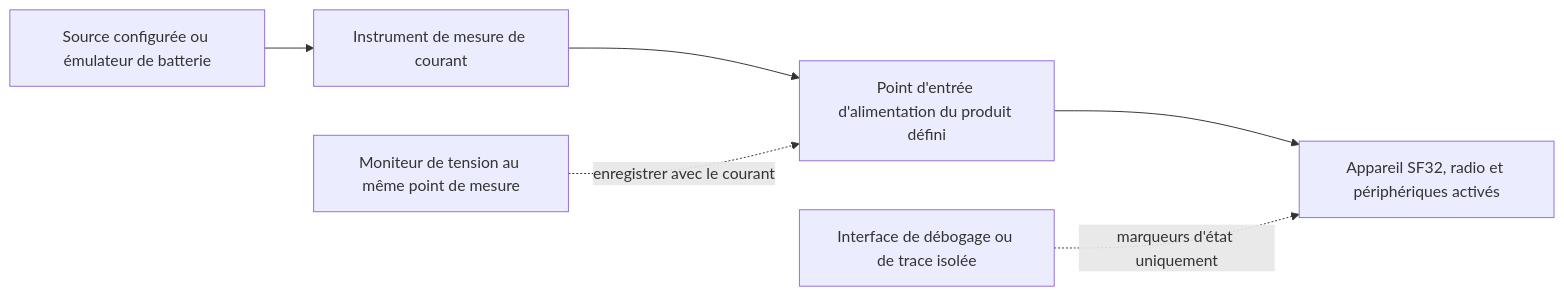
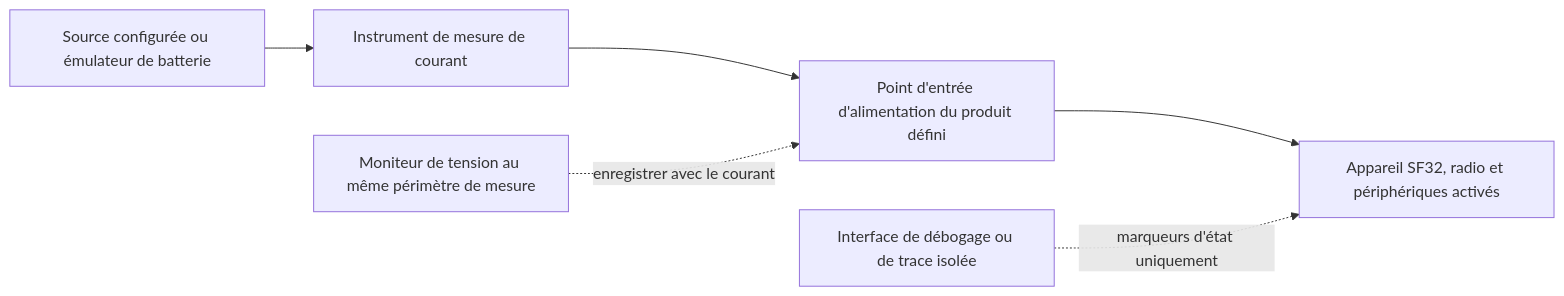
The first of 3 diagrams in docs_fr/learn/bluetooth/bluetooth-low-power-profiling.md (uForge-io/uforge-site), drawn with Mermaid before and after one commit. The commit also changed other lines of this file and 500 other files, not shown here.

````diff
--- a/docs_fr/learn/bluetooth/bluetooth-low-power-profiling.md
+++ b/docs_fr/learn/bluetooth/bluetooth-low-power-profiling.md
@@ -47,8 +47,8 @@
 ```mermaid
 flowchart LR
     A["Source configurée ou émulateur de batterie"] --> B["Instrument de mesure de courant"]
     B --> C["Point d'entrée d'alimentation du produit défini"]
     C --> D["Appareil SF32, radio et périphériques activés"]
-    E["Moniteur de tension au même point de mesure"] -. "enregistrer avec le courant" .-> C
+    E["Moniteur de tension au même périmètre de mesure"] -. "enregistrer avec le courant" .-> C
     F["Interface de débogage ou de trace isolée"] -. "marqueurs d'état uniquement" .-> D
 ```
````
